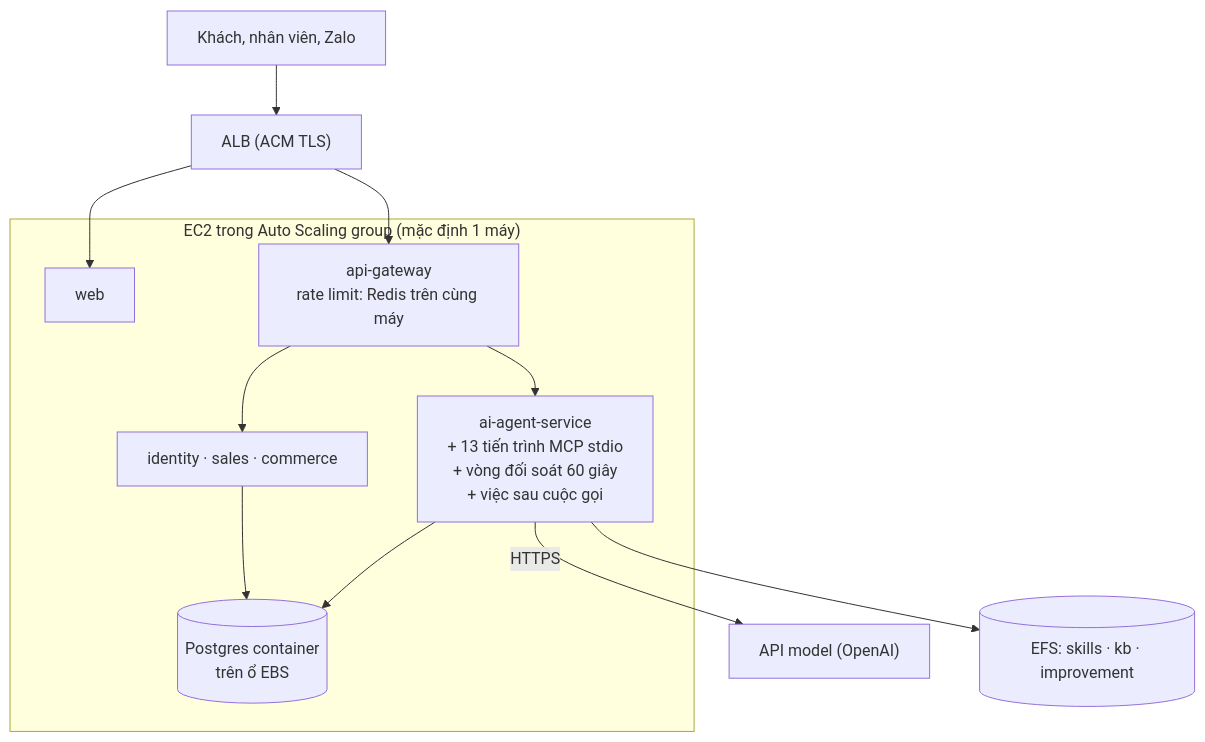
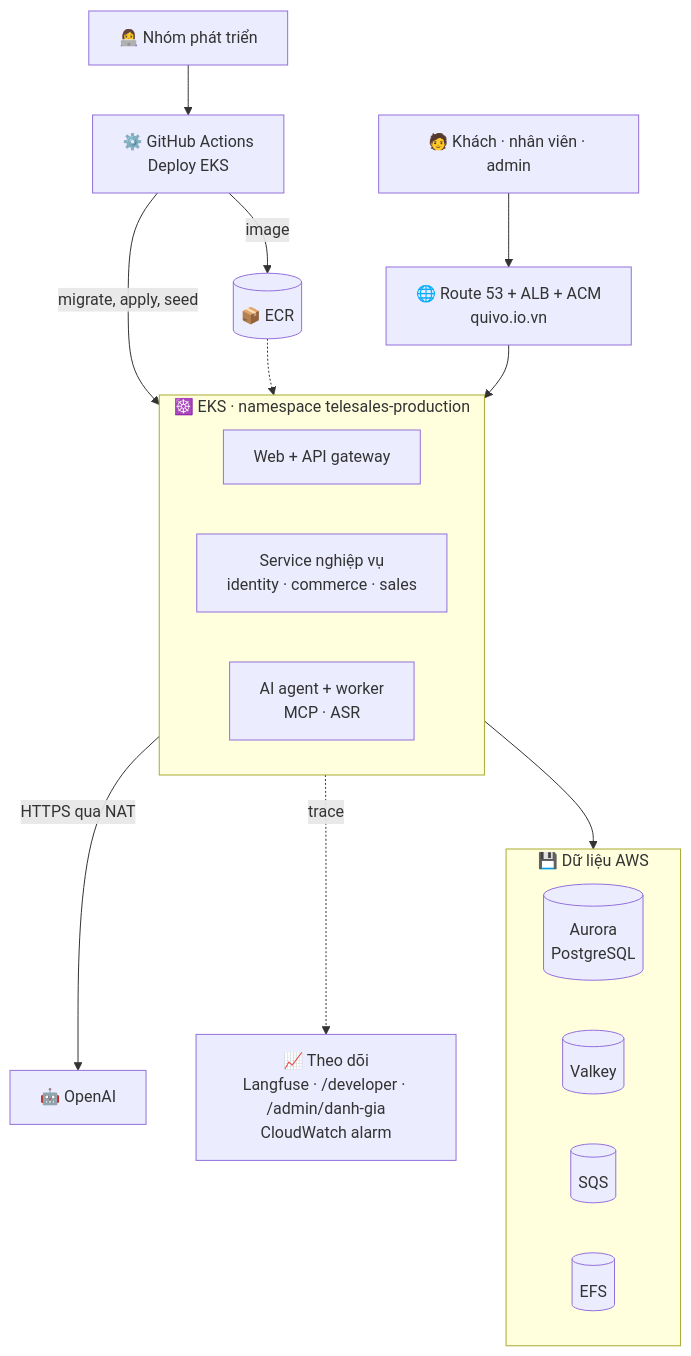
Before and after one commit to queenley/capstone_sudocode2026: the first of 5 diagrams in docs/deployment/eks-architecture.md, drawn with Mermaid. The commit also changed other lines of this file and 19 other files, not shown here.

````diff
--- a/docs/deployment/eks-architecture.md
+++ b/docs/deployment/eks-architecture.md
@@ -31,16 +26,29 @@
 ```mermaid
 flowchart TB
-    U["Khách, nhân viên, Zalo"] --> ALB["ALB (ACM TLS)"]
-    subgraph EC2["EC2 trong Auto Scaling group (mặc định 1 máy)"]
-        WEB["web"]
-        GW["api-gateway<br/>rate limit: Redis trên cùng máy"]
-        CRUD["identity · sales · commerce"]
-        AG["ai-agent-service<br/>+ 13 tiến trình MCP stdio<br/>+ vòng đối soát 60 giây<br/>+ việc sau cuộc gọi"]
-        PG[("Postgres container<br/>trên ổ EBS")]
+    DEV["👩‍💻 Nhóm phát triển"] --> GHA["⚙️ GitHub Actions<br/>Deploy EKS"]
+    USER["🧑 Khách · nhân viên · admin"] --> EDGE["🌐 Route 53 + ALB + ACM<br/>quivo.io.vn"]
+
+    GHA -->|"image"| ECR[("📦 ECR")]
+    GHA -->|"migrate, apply, seed"| EKS
+    ECR -.-> EKS
+    EDGE --> EKS
+
+    subgraph EKS["☸️ EKS · namespace telesales-production"]
+        direction LR
+        FRONT["Web + API gateway"]
+        BIZ["Service nghiệp vụ<br/>identity · commerce · sales"]
+        AI["AI agent + worker<br/>MCP · ASR"]
     end
-    ALB --> WEB & GW
-    GW --> CRUD & AG
-    CRUD & AG --> PG
-    AG -->|"HTTPS"| LLM["API model (OpenAI)"]
-    AG --> EFS[("EFS: skills · kb · improvement")]
+
+    EKS --> DATA
+    subgraph DATA["💾 Dữ liệu AWS"]
+        direction LR
+        DB[("Aurora<br/>PostgreSQL")]
+        VK[("Valkey")]
+        Q[("SQS")]
+        FS[("EFS")]
+    end
+
+    AI -->|"HTTPS qua NAT"| LLM["🤖 OpenAI"]
+    AI -.->|"trace"| OBS["📈 Theo dõi<br/>Langfuse · /developer · /admin/danh-gia<br/>CloudWatch alarm"]
 ```
````
